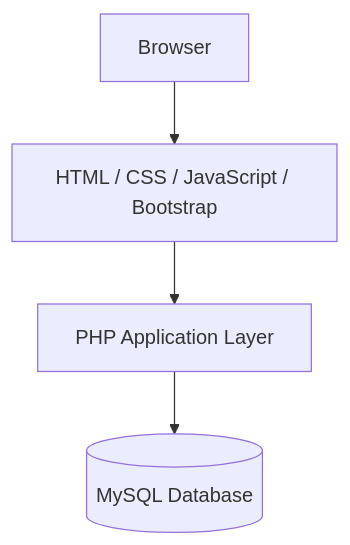
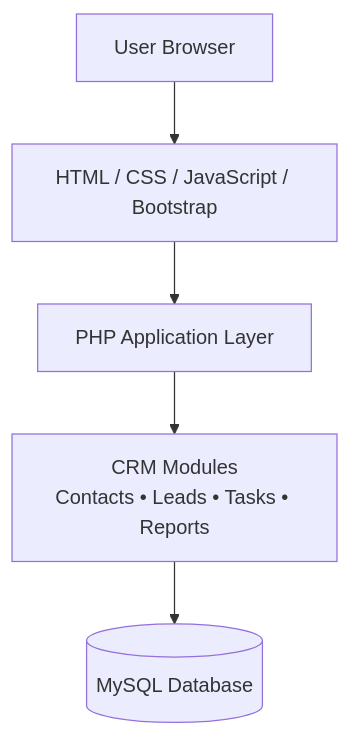
Before and after one commit to LuluLink19/exploring_crm_systems: the diagram in crm_research.md, drawn with Mermaid.

````diff
--- a/crm_research.md
+++ b/crm_research.md
@@ -429,11 +429,13 @@
 ```mermaid
 flowchart TD
 
-Browser[Browser]
+Browser[User Browser]
 
 Browser --> Frontend[HTML / CSS / JavaScript / Bootstrap]
 
 Frontend --> PHP[PHP Application Layer]
 
-PHP --> Database[(MySQL Database)]
+PHP --> Modules[CRM Modules<br/>Contacts • Leads • Tasks • Reports]
+
+Modules --> Database[(MySQL Database)]
 ```
````
